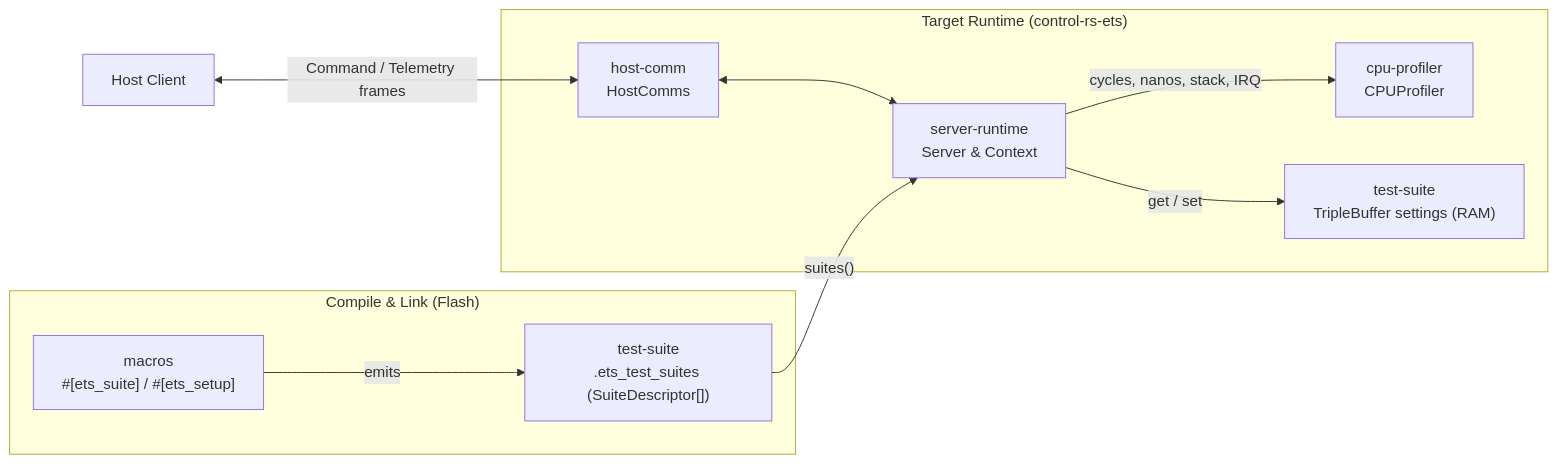
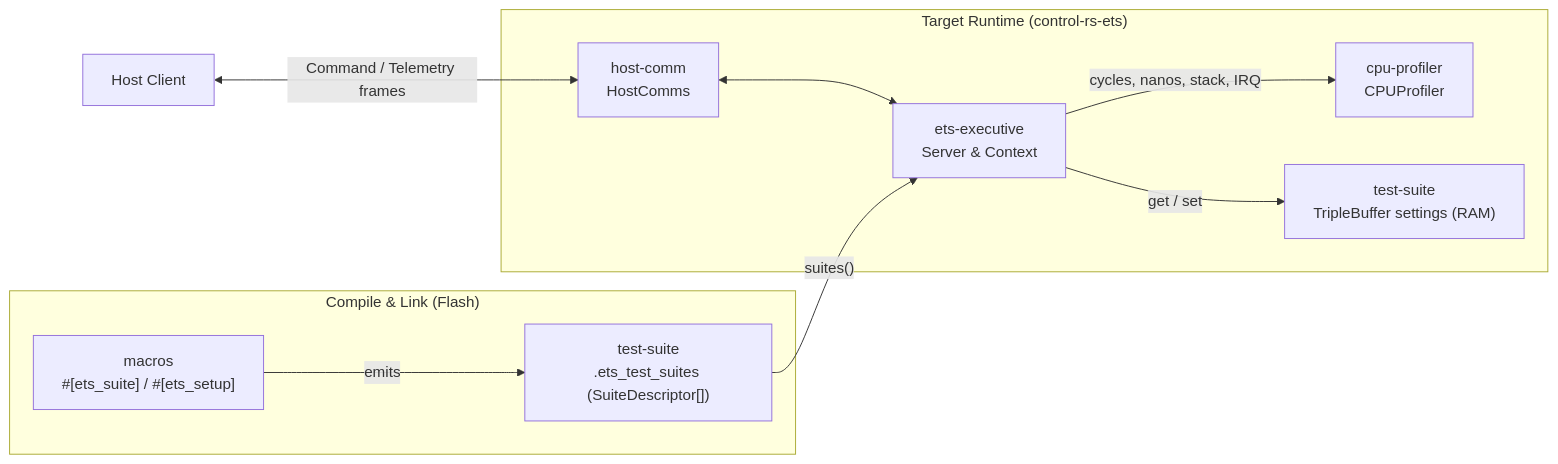
The first of 2 diagrams in documentation/ets/embedded-test-server-design.md (Dyse-Industries/control-rs), drawn with Mermaid before and after one commit. The commit also changed other lines of this file and 11 other files, not shown here.

````diff
--- a/documentation/ets/embedded-test-server-design.md
+++ b/documentation/ets/embedded-test-server-design.md
@@ -119,23 +122,23 @@
 ```mermaid
 flowchart LR
     HOST["Host Client"]
 
     subgraph COMPILE ["Compile & Link (Flash)"]
         MAC["macros<br/>#[ets_suite] / #[ets_setup]"]
         SEC["test-suite<br/>.ets_test_suites (SuiteDescriptor[])"]
         MAC -->|emits| SEC
     end
 
     subgraph TARGET ["Target Runtime (control-rs-ets)"]
         COMMS["host-comm<br/>HostComms"]
-        SRV["server-runtime<br/>Server & Context"]
+        SRV["ets-executive<br/>Server & Context"]
         PROF["cpu-profiler<br/>CPUProfiler"]
         TB["test-suite<br/>TripleBuffer settings (RAM)"]
     end
 
     HOST <-->|" Command / Telemetry frames "| COMMS
     COMMS <--> SRV
     SEC -->|" suites() "| SRV
     SRV -->|" cycles, nanos, stack, IRQ "| PROF
     SRV -->|" get / set "| TB
 ```
````
